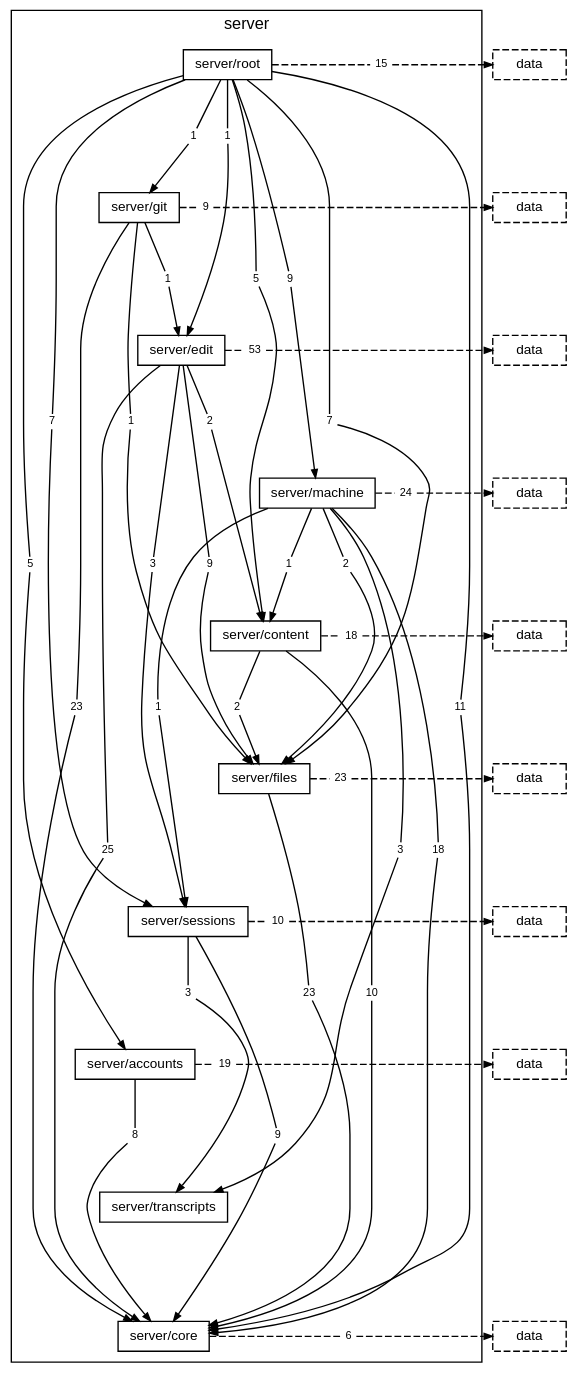
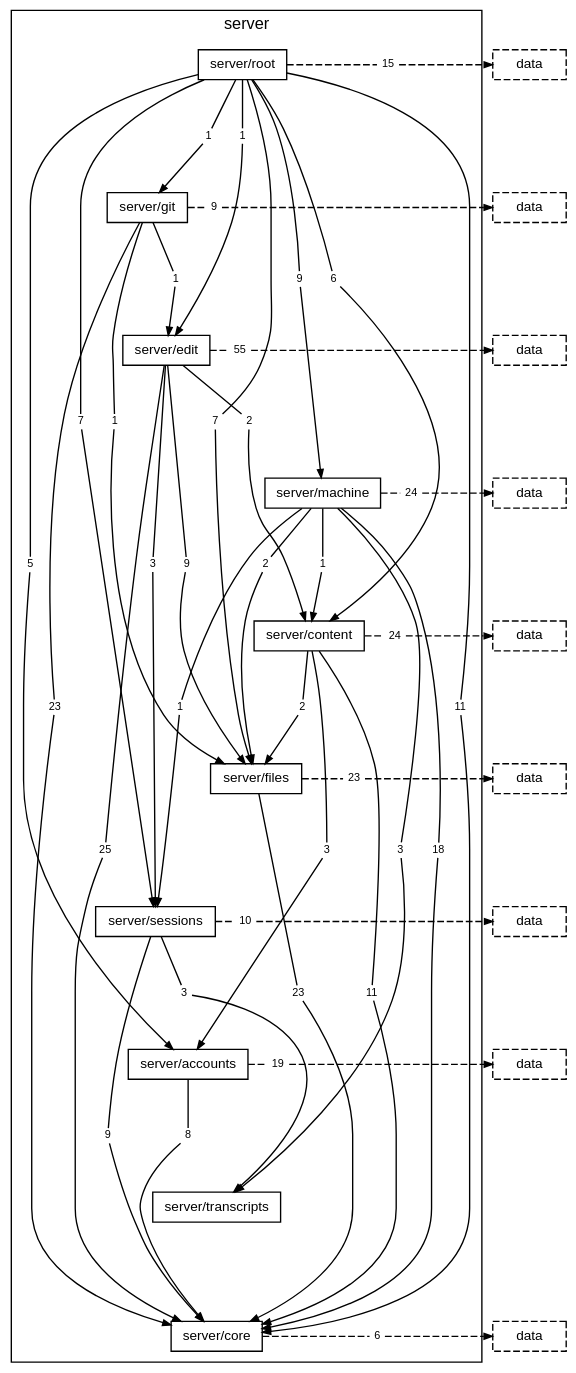
The diagram in docs/diagrams/layer-server.dot (TheAxeC/oculus), drawn with Graphviz before and after one commit. The commit also changed 86 other files, not shown here.

```diff
--- a/docs/diagrams/layer-server.dot
+++ b/docs/diagrams/layer-server.dot
@@ -15,7 +15,7 @@
         "folder server/transcripts" [label="server/transcripts"];
         "folder server/core" [label="server/core"];
         "folder server/root to folder server/accounts" [label="5", shape=box, color="transparent", fontsize=8, width=0, height=0, margin="0.04,0.02"];
-        "folder server/root to folder server/content" [label="5", shape=box, color="transparent", fontsize=8, width=0, height=0, margin="0.04,0.02"];
+        "folder server/root to folder server/content" [label="6", shape=box, color="transparent", fontsize=8, width=0, height=0, margin="0.04,0.02"];
         "folder server/root to folder server/core" [label="11", shape=box, color="transparent", fontsize=8, width=0, height=0, margin="0.04,0.02"];
         "folder server/root to folder server/edit" [label="1", shape=box, color="transparent", fontsize=8, width=0, height=0, margin="0.04,0.02"];
         "folder server/root to folder server/files" [label="7", shape=box, color="transparent", fontsize=8, width=0, height=0, margin="0.04,0.02"];
@@ -31,16 +31,17 @@
         "folder server/edit to folder server/core" [label="25", shape=box, color="transparent", fontsize=8, width=0, height=0, margin="0.04,0.02"];
         "folder server/edit to folder server/files" [label="9", shape=box, color="transparent", fontsize=8, width=0, height=0, margin="0.04,0.02"];
         "folder server/edit to folder server/sessions" [label="3", shape=box, color="transparent", fontsize=8, width=0, height=0, margin="0.04,0.02"];
-        "folder server/edit to layer data" [label="53", shape=box, color="transparent", fontsize=8, width=0, height=0, margin="0.04,0.02"];
+        "folder server/edit to layer data" [label="55", shape=box, color="transparent", fontsize=8, width=0, height=0, margin="0.04,0.02"];
         "folder server/machine to folder server/content" [label="1", shape=box, color="transparent", fontsize=8, width=0, height=0, margin="0.04,0.02"];
         "folder server/machine to folder server/core" [label="18", shape=box, color="transparent", fontsize=8, width=0, height=0, margin="0.04,0.02"];
         "folder server/machine to folder server/files" [label="2", shape=box, color="transparent", fontsize=8, width=0, height=0, margin="0.04,0.02"];
         "folder server/machine to folder server/sessions" [label="1", shape=box, color="transparent", fontsize=8, width=0, height=0, margin="0.04,0.02"];
         "folder server/machine to folder server/transcripts" [label="3", shape=box, color="transparent", fontsize=8, width=0, height=0, margin="0.04,0.02"];
         "folder server/machine to layer data" [label="24", shape=box, color="transparent", fontsize=8, width=0, height=0, margin="0.04,0.02"];
-        "folder server/content to folder server/core" [label="10", shape=box, color="transparent", fontsize=8, width=0, height=0, margin="0.04,0.02"];
+        "folder server/content to folder server/accounts" [label="3", shape=box, color="transparent", fontsize=8, width=0, height=0, margin="0.04,0.02"];
+        "folder server/content to folder server/core" [label="11", shape=box, color="transparent", fontsize=8, width=0, height=0, margin="0.04,0.02"];
         "folder server/content to folder server/files" [label="2", shape=box, color="transparent", fontsize=8, width=0, height=0, margin="0.04,0.02"];
-        "folder server/content to layer data" [label="18", shape=box, color="transparent", fontsize=8, width=0, height=0, margin="0.04,0.02"];
+        "folder server/content to layer data" [label="24", shape=box, color="transparent", fontsize=8, width=0, height=0, margin="0.04,0.02"];
         "folder server/files to folder server/core" [label="23", shape=box, color="transparent", fontsize=8, width=0, height=0, margin="0.04,0.02"];
         "folder server/files to layer data" [label="23", shape=box, color="transparent", fontsize=8, width=0, height=0, margin="0.04,0.02"];
         "folder server/sessions to folder server/core" [label="9", shape=box, color="transparent", fontsize=8, width=0, height=0, margin="0.04,0.02"];
@@ -120,6 +121,8 @@
     "folder server/machine" -> "folder server/machine to layer data" [arrowhead=none, style=dashed];
     "folder server/machine to layer data" -> "layer data from folder server/machine" [style=dashed];
     { rank=same; "folder server/machine"; "folder server/machine to layer data"; "layer data from folder server/machine"; }
+    "folder server/content" -> "folder server/content to folder server/accounts" [arrowhead=none, minlen=3, weight=10];
+    "folder server/content to folder server/accounts" -> "folder server/accounts" [];
     "folder server/content" -> "folder server/content to folder server/core" [arrowhead=none, minlen=5, weight=10];
     "folder server/content to folder server/core" -> "folder server/core" [];
     "folder server/content" -> "folder server/content to folder server/files" [arrowhead=none, minlen=1, weight=10];
```
